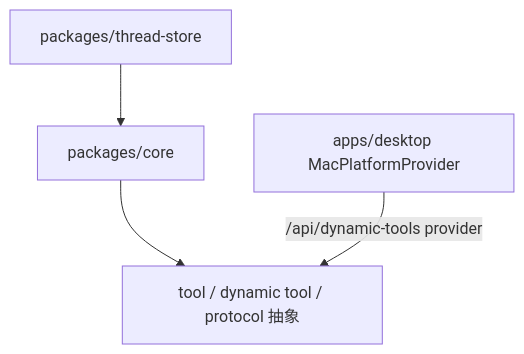
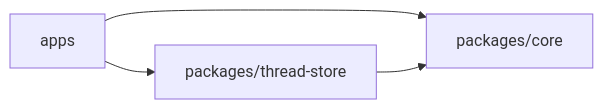
Before and after one commit to Lixuhang987/Wisp-Pocket: the diagram in packages/packages.md, drawn with Mermaid. The commit also changed other lines of this file and 47 other files, not shown here.

````diff
--- a/packages/packages.md
+++ b/packages/packages.md
@@ -14,6 +12,6 @@
 ```mermaid
-flowchart TD
-  A[packages/core] --> B[tool / dynamic tool / protocol 抽象]
-  S[packages/thread-store] --> A
-  C[apps/desktop MacPlatformProvider] -->|/api/dynamic-tools provider| B
+flowchart LR
+  A[apps] --> C[packages/core]
+  A --> T[packages/thread-store]
+  T --> C
 ```
````
